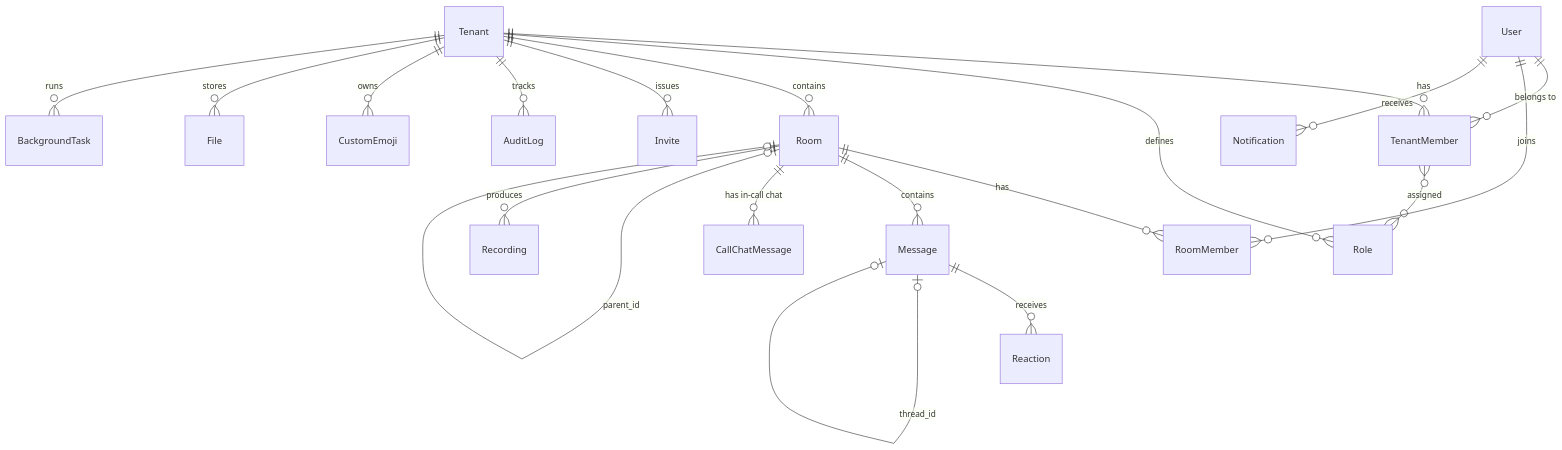
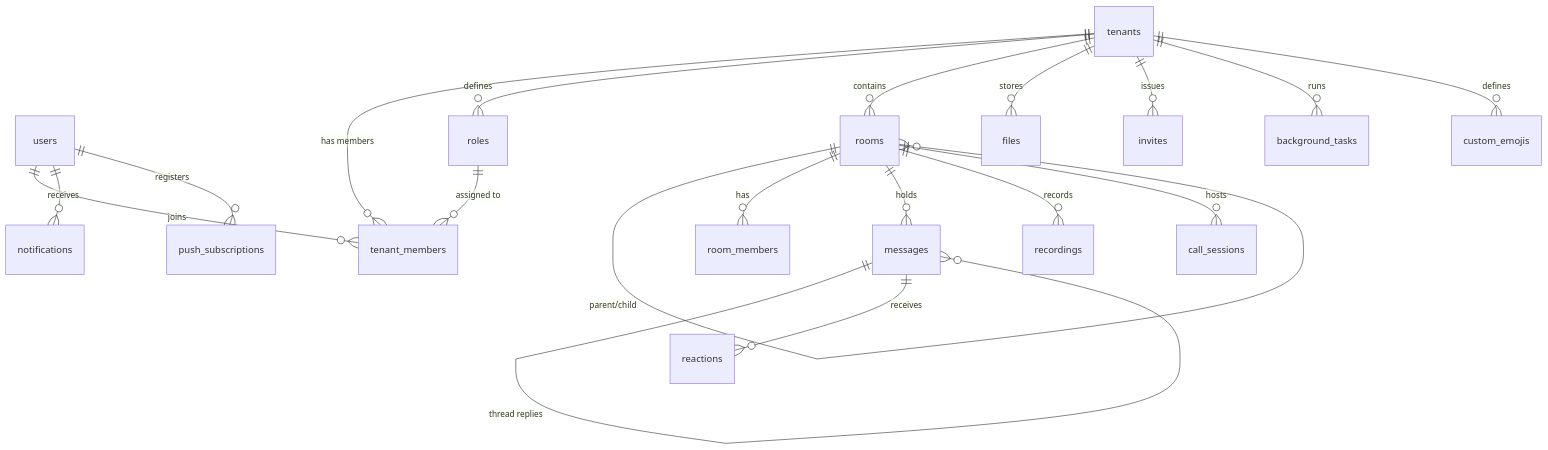
The first of 2 diagrams in docs/data-model.md (gjovanov/roomler-ai), drawn with Mermaid before and after one commit. The commit also changed other lines of this file and 4 other files, not shown here.

````diff
--- a/docs/data-model.md
+++ b/docs/data-model.md
@@ -7,22 +13,21 @@
 ```mermaid
 erDiagram
-    User ||--o{ TenantMember : "belongs to"
-    Tenant ||--o{ TenantMember : "has"
-    Tenant ||--o{ Role : "defines"
-    Tenant ||--o{ Room : "contains"
-    Tenant ||--o{ Invite : "issues"
-    Tenant ||--o{ AuditLog : "tracks"
-    Tenant ||--o{ CustomEmoji : "owns"
-    TenantMember }o--o{ Role : "assigned"
-    Room ||--o{ RoomMember : "has"
-    Room ||--o{ Message : "contains"
-    Room ||--o{ CallChatMessage : "has in-call chat"
-    Room o|--o| Room : "parent_id"
-    User ||--o{ RoomMember : "joins"
-    Message ||--o{ Reaction : "receives"
-    Message o|--o| Message : "thread_id"
-    Room ||--o{ Recording : "produces"
-    Tenant ||--o{ File : "stores"
-    Tenant ||--o{ BackgroundTask : "runs"
-    User ||--o{ Notification : "receives"
+    tenants ||--o{ tenant_members : "has members"
+    users ||--o{ tenant_members : "joins"
+    tenants ||--o{ roles : defines
+    roles ||--o{ tenant_members : "assigned to"
+    tenants ||--o{ rooms : contains
+    rooms ||--o{ rooms : "parent/child"
+    rooms ||--o{ room_members : has
+    rooms ||--o{ messages : holds
+    messages ||--o{ messages : "thread replies"
+    messages ||--o{ reactions : receives
+    rooms ||--o{ recordings : records
+    rooms ||--o{ call_sessions : hosts
+    tenants ||--o{ files : stores
+    tenants ||--o{ invites : issues
+    tenants ||--o{ background_tasks : runs
+    users ||--o{ notifications : receives
+    users ||--o{ push_subscriptions : registers
+    tenants ||--o{ custom_emojis : defines
 ```
````
